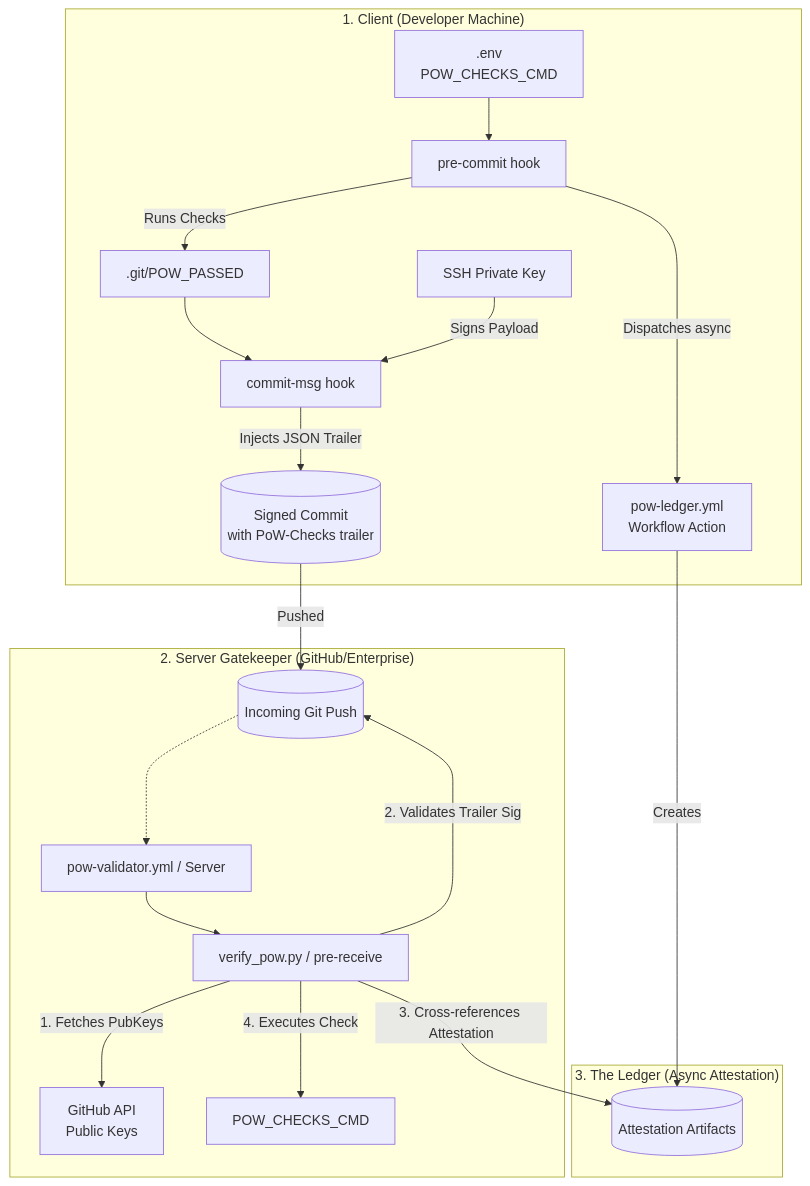
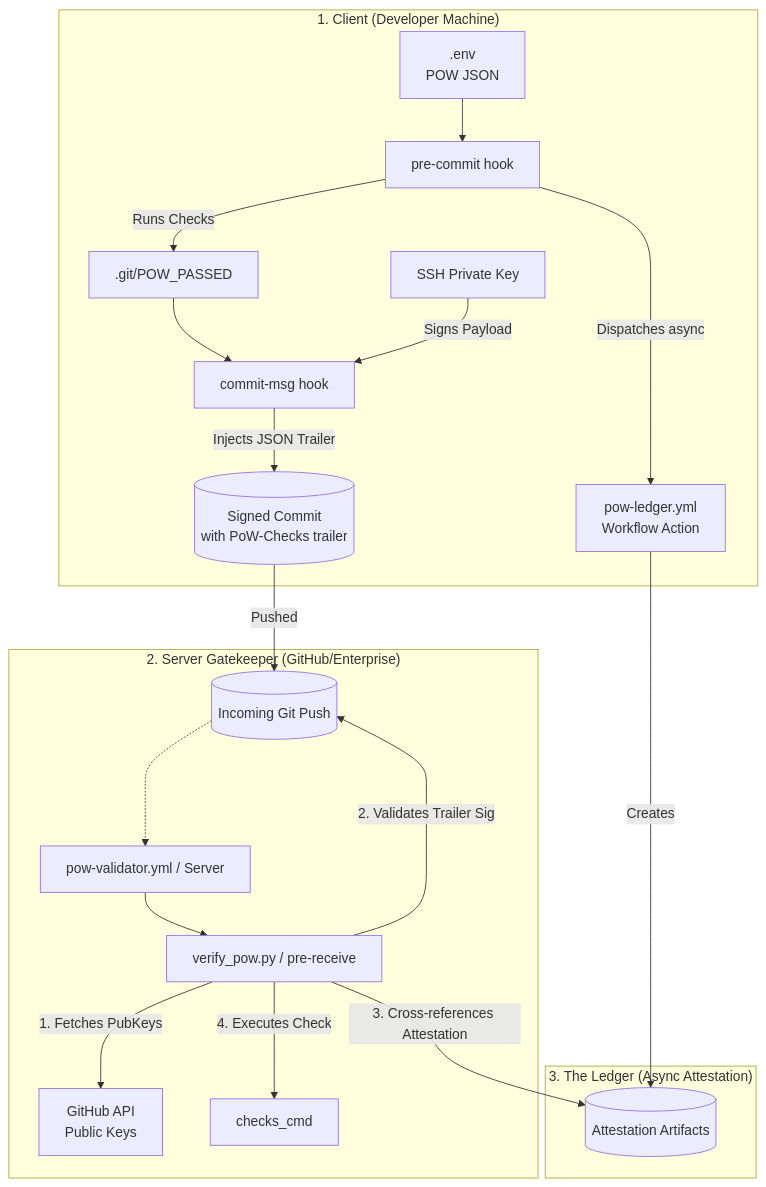
One commit to ddimitriou/PoW-Hook changed the first of 2 diagrams in ARCHITECTURE.md. Above: the diagram before and after it, drawn with Mermaid. The commit also changed other lines of this file and 15 other files, not shown here.

````diff
--- a/ARCHITECTURE.md
+++ b/ARCHITECTURE.md
@@ -9,37 +9,37 @@
 ```mermaid
 graph TD
     subgraph "1. Client (Developer Machine)"
-        ENV[.env<br>POW_CHECKS_CMD]
+        ENV[.env<br>POW JSON]
         HOOK_PC[pre-commit hook]
         HOOK_CM[commit-msg hook]
         SSH_KEY[SSH Private Key]
         
         ENV --> HOOK_PC
         HOOK_PC -->|Runs Checks| STATE[.git/POW_PASSED]
         HOOK_PC -->|Dispatches async| LEDGER
         STATE --> HOOK_CM
         SSH_KEY -->|Signs Payload| HOOK_CM
         HOOK_CM -->|Injects JSON Trailer| LOCAL_COMMIT[(Signed Commit<br>with PoW-Checks trailer)]
     end
 
     subgraph "3. The Ledger (Async Attestation)"
         LEDGER[pow-ledger.yml<br>Workflow Action]
         ARTIF[(Attestation Artifacts)]
         LEDGER -->|Creates| ARTIF
     end
 
     subgraph "2. Server Gatekeeper (GitHub/Enterprise)"
         REMOTE_COMMIT[(Incoming Git Push)]
         VAL_YML[pow-validator.yml / Server]
         VERIFY[verify_pow.py / pre-receive]
         GH_API[GitHub API<br>Public Keys]
         
         LOCAL_COMMIT -->|Pushed| REMOTE_COMMIT
         REMOTE_COMMIT ..-> VAL_YML
         VAL_YML --> VERIFY
         VERIFY -->|1. Fetches PubKeys| GH_API
         VERIFY -->|2. Validates Trailer Sig| REMOTE_COMMIT
         VERIFY -->|3. Cross-references Attestation| ARTIF
-        VERIFY -->|4. Executes Check| POW_CMD[POW_CHECKS_CMD]
+        VERIFY -->|4. Executes Check| POW_CMD[checks_cmd]
     end
 ```
````
